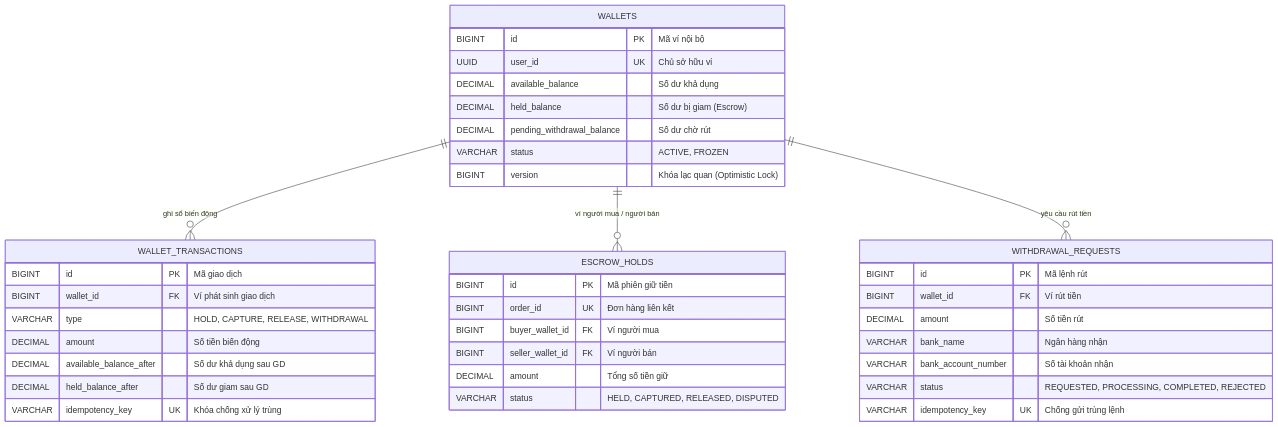
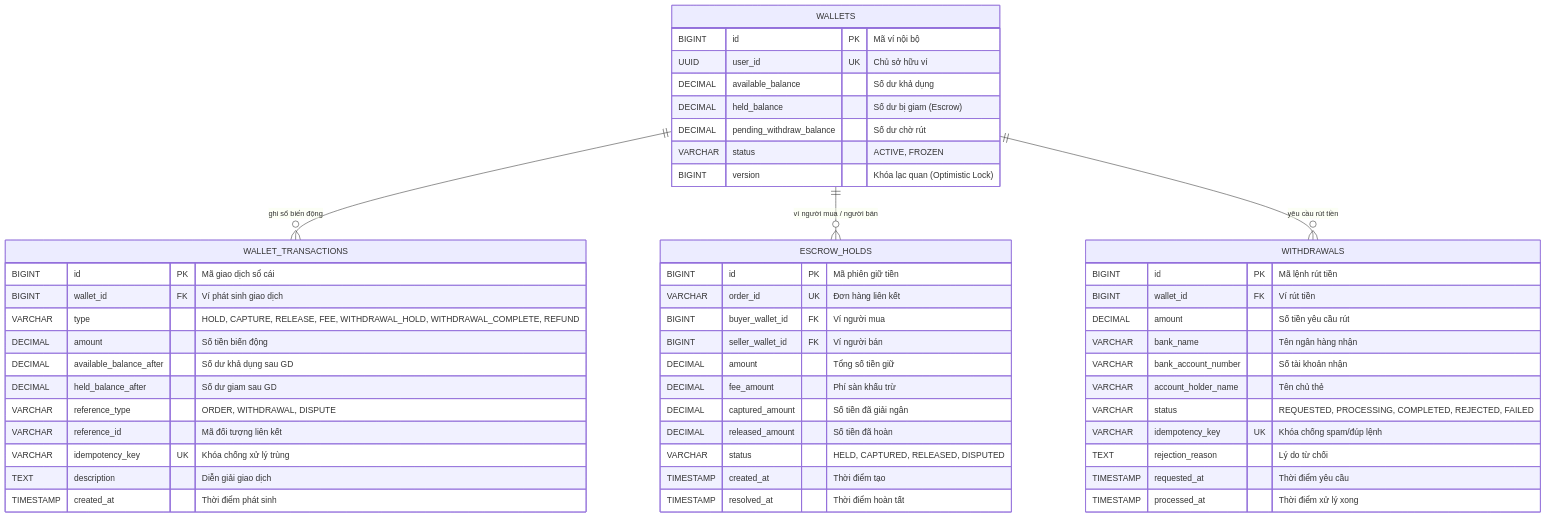
The third of 7 diagrams in docs/architecture/wallet-architecture.md (Qt159/Moldy-Market), drawn with Mermaid before and after one commit. The commit also changed other lines of this file and 54 other files, not shown here.

````diff
--- a/docs/architecture/wallet-architecture.md
+++ b/docs/architecture/wallet-architecture.md
@@ -33,45 +72,58 @@
 ```mermaid
 erDiagram
     WALLETS ||--o{ WALLET_TRANSACTIONS : "ghi sổ biến động"
     WALLETS ||--o{ ESCROW_HOLDS : "ví người mua / người bán"
-    WALLETS ||--o{ WITHDRAWAL_REQUESTS : "yêu cầu rút tiền"
+    WALLETS ||--o{ WITHDRAWALS : "yêu cầu rút tiền"
 
     WALLETS {
         BIGINT id PK "Mã ví nội bộ"
         UUID user_id UK "Chủ sở hữu ví"
         DECIMAL available_balance "Số dư khả dụng"
         DECIMAL held_balance "Số dư bị giam (Escrow)"
-        DECIMAL pending_withdrawal_balance "Số dư chờ rút"
+        DECIMAL pending_withdraw_balance "Số dư chờ rút"
         VARCHAR status "ACTIVE, FROZEN"
         BIGINT version "Khóa lạc quan (Optimistic Lock)"
     }
 
     WALLET_TRANSACTIONS {
-        BIGINT id PK "Mã giao dịch"
+        BIGINT id PK "Mã giao dịch sổ cái"
         BIGINT wallet_id FK "Ví phát sinh giao dịch"
-        VARCHAR type "HOLD, CAPTURE, RELEASE, WITHDRAWAL"
+        VARCHAR type "HOLD, CAPTURE, RELEASE, FEE, WITHDRAWAL_HOLD, WITHDRAWAL_COMPLETE, REFUND"
         DECIMAL amount "Số tiền biến động"
         DECIMAL available_balance_after "Số dư khả dụng sau GD"
         DECIMAL held_balance_after "Số dư giam sau GD"
+        VARCHAR reference_type "ORDER, WITHDRAWAL, DISPUTE"
+        VARCHAR reference_id "Mã đối tượng liên kết"
         VARCHAR idempotency_key UK "Khóa chống xử lý trùng"
+        TEXT description "Diễn giải giao dịch"
+        TIMESTAMP created_at "Thời điểm phát sinh"
     }
 
     ESCROW_HOLDS {
         BIGINT id PK "Mã phiên giữ tiền"
-        BIGINT order_id UK "Đơn hàng liên kết"
+        VARCHAR order_id UK "Đơn hàng liên kết"
         BIGINT buyer_wallet_id FK "Ví người mua"
         BIGINT seller_wallet_id FK "Ví người bán"
         DECIMAL amount "Tổng số tiền giữ"
+        DECIMAL fee_amount "Phí sàn khấu trừ"
+        DECIMAL captured_amount "Số tiền đã giải ngân"
+        DECIMAL released_amount "Số tiền đã hoàn"
         VARCHAR status "HELD, CAPTURED, RELEASED, DISPUTED"
+        TIMESTAMP created_at "Thời điểm tạo"
+        TIMESTAMP resolved_at "Thời điểm hoàn tất"
     }
 
-    WITHDRAWAL_REQUESTS {
-        BIGINT id PK "Mã lệnh rút"
+    WITHDRAWALS {
+        BIGINT id PK "Mã lệnh rút tiền"
         BIGINT wallet_id FK "Ví rút tiền"
-        DECIMAL amount "Số tiền rút"
-        VARCHAR bank_name "Ngân hàng nhận"
+        DECIMAL amount "Số tiền yêu cầu rút"
+        VARCHAR bank_name "Tên ngân hàng nhận"
         VARCHAR bank_account_number "Số tài khoản nhận"
-        VARCHAR status "REQUESTED, PROCESSING, COMPLETED, REJECTED"
-        VARCHAR idempotency_key UK "Chống gửi trùng lệnh"
+        VARCHAR account_holder_name "Tên chủ thẻ"
+        VARCHAR status "REQUESTED, PROCESSING, COMPLETED, REJECTED, FAILED"
+        VARCHAR idempotency_key UK "Khóa chống spam/đúp lệnh"
+        TEXT rejection_reason "Lý do từ chối"
+        TIMESTAMP requested_at "Thời điểm yêu cầu"
+        TIMESTAMP processed_at "Thời điểm xử lý xong"
     }
 ```
````
